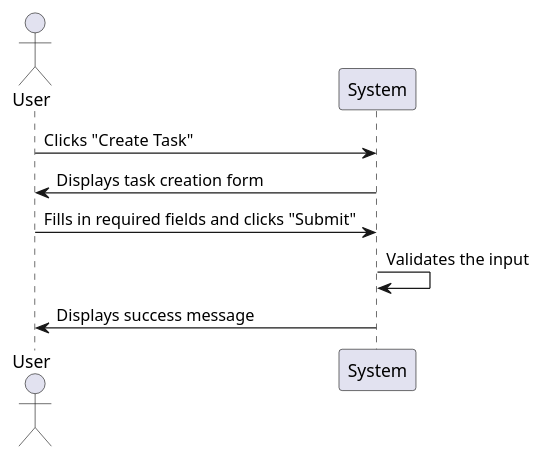
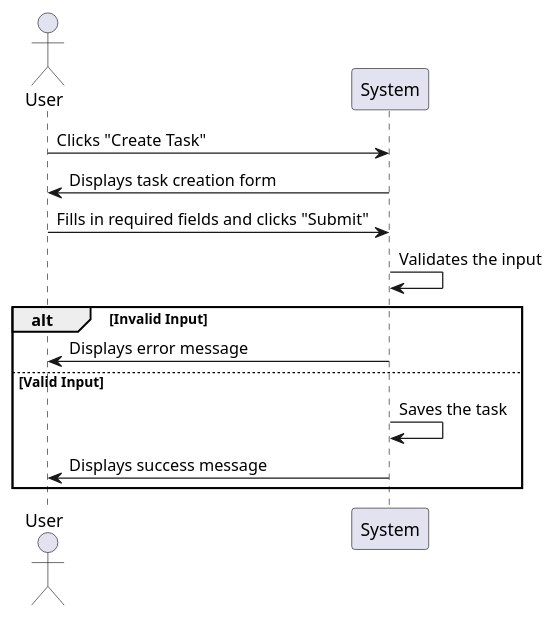
Before and after one commit to Karim-Ashraf1/Task-Management-System: the diagram in design/sequence_diagrams/SD1.puml, drawn with PlantUML.

```diff
--- a/design/sequence_diagrams/SD1.puml
+++ b/design/sequence_diagrams/SD1.puml
@@ -1,11 +1,16 @@
 @startuml
 
 actor User
 
 User -> System: Clicks "Create Task"
 System -> User: Displays task creation form
 User -> System: Fills in required fields and clicks "Submit"
 System -> System: Validates the input
-System -> User: Displays success message
+alt Invalid Input
+    System -> User: Displays error message
+else Valid Input
+    System -> System: Saves the task
+    System -> User: Displays success message
+end
 
 @enduml
```
